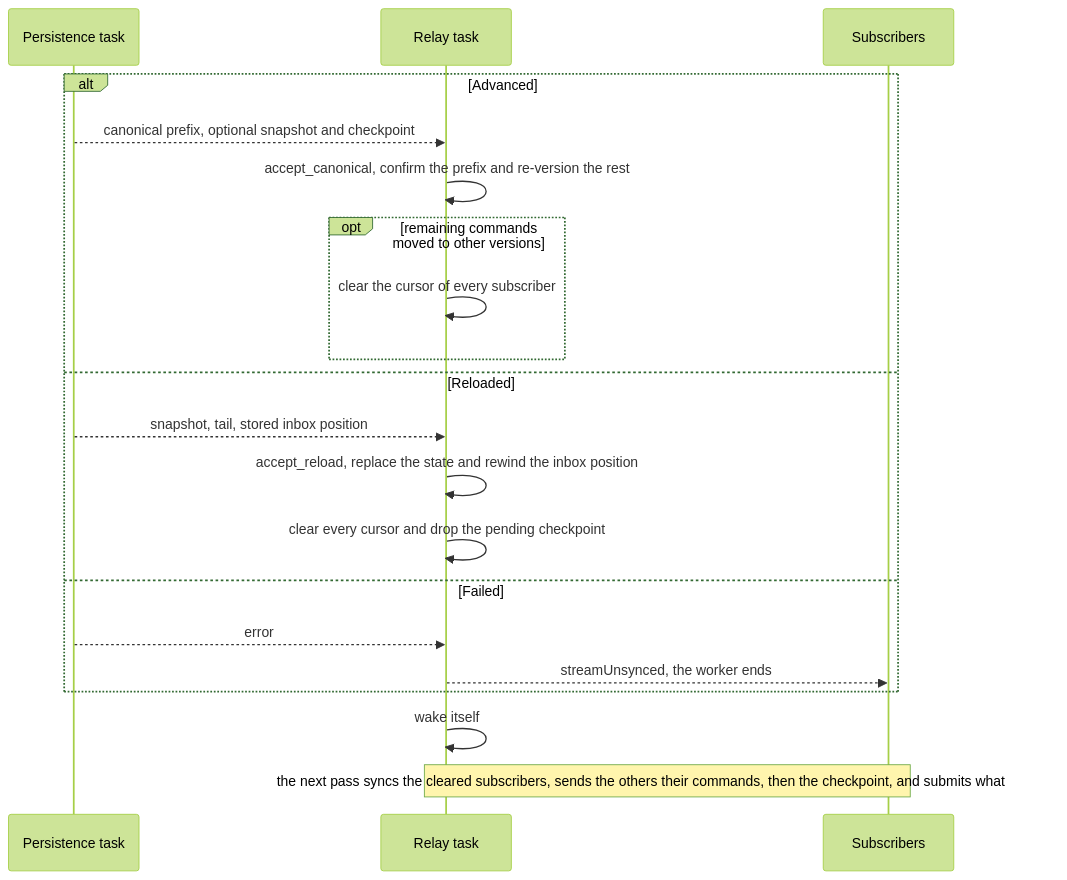
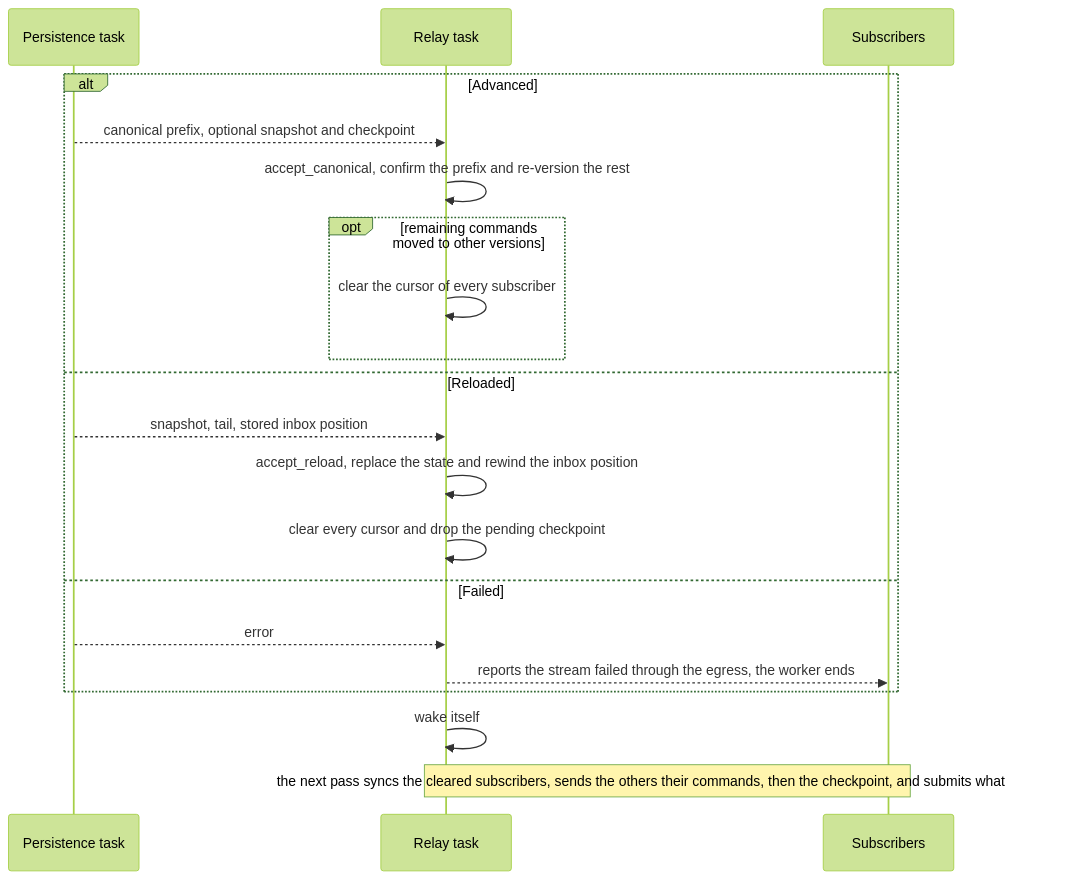
The fifth of 8 diagrams in docs/services/builder/command-stream.md (gzp79/shine-services), drawn with Mermaid (forest theme) before and after one commit. The commit also changed other lines of this file and 17 other files, not shown here.

````diff
--- a/docs/services/builder/command-stream.md
+++ b/docs/services/builder/command-stream.md
@@ -184,23 +185,23 @@
 ```mermaid
 sequenceDiagram
     participant P as Persistence task
     participant A as Relay task
     participant C as Subscribers
 
     alt Advanced
         P-->>A: canonical prefix, optional snapshot and checkpoint
         A->>A: accept_canonical, confirm the prefix and re-version the rest
         opt remaining commands moved to other versions
             A->>A: clear the cursor of every subscriber
         end
     else Reloaded
         P-->>A: snapshot, tail, stored inbox position
         A->>A: accept_reload, replace the state and rewind the inbox position
         A->>A: clear every cursor and drop the pending checkpoint
     else Failed
         P-->>A: error
-        A-->>C: streamUnsynced, the worker ends
+        A-->>C: reports the stream failed through the egress, the worker ends
     end
     A->>A: wake itself
     Note over A,C: the next pass syncs the cleared subscribers, sends the others their commands, then the checkpoint, and submits what piled up
 ```
````
